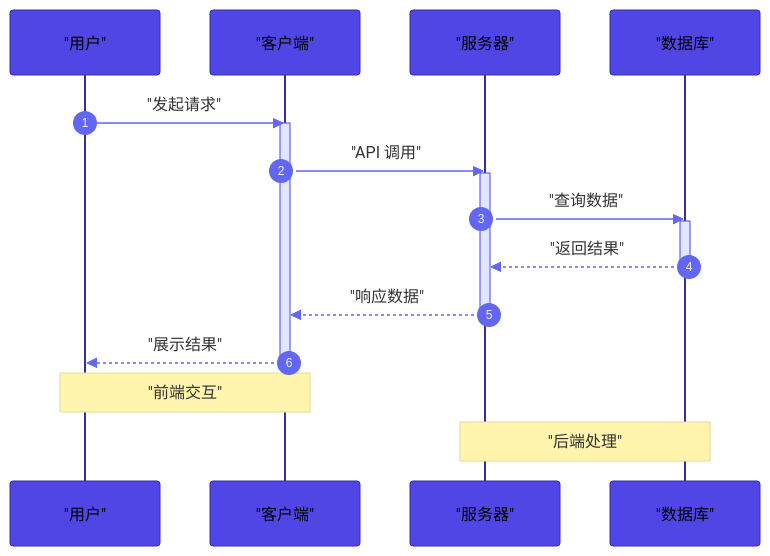
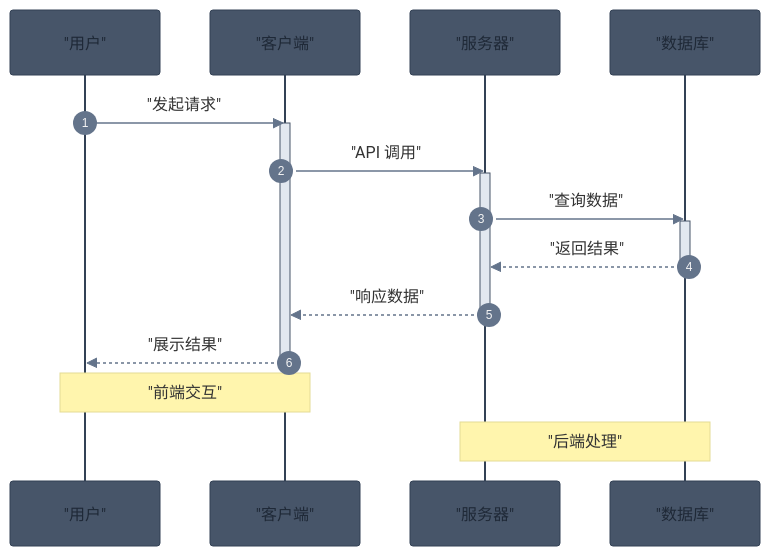
One commit to unix2dos/skills changed the sixth of 17 diagrams in mermaid-generator/SKILL.md. Above: the diagram before and after it, drawn with Mermaid. The commit also changed other lines of this file, not shown here.

````diff
--- a/mermaid-generator/SKILL.md
+++ b/mermaid-generator/SKILL.md
@@ -174,25 +174,25 @@
 ```mermaid
-%%{init: {'theme': 'base', 'themeVariables': {'actorBkg': '#4F46E5', 'actorTextColor': '#000', 'actorBorder': '#3730A3', 'signalColor': '#6366F1', 'activationBkgColor': '#E0E7FF', 'activationBorderColor': '#4F46E5'}}}%%
+%%{init: {'theme': 'base', 'themeVariables': {'actorBkg': '#475569', 'actorTextColor': '#1F2937', 'actorBorder': '#334155', 'signalColor': '#64748B', 'activationBkgColor': '#E2E8F0', 'activationBorderColor': '#475569'}}}%%
 sequenceDiagram
     autonumber
     participant U as "用户"
     participant C as "客户端"
     participant S as "服务器"
     participant D as "数据库"
 
     U->>C: "发起请求"
     activate C
     C->>S: "API 调用"
     activate S
     S->>D: "查询数据"
     activate D
     D-->>S: "返回结果"
     deactivate D
     S-->>C: "响应数据"
     deactivate S
     C-->>U: "展示结果"
     deactivate C
 
     Note over U,C: "前端交互"
     Note over S,D: "后端处理"
 ```
````
